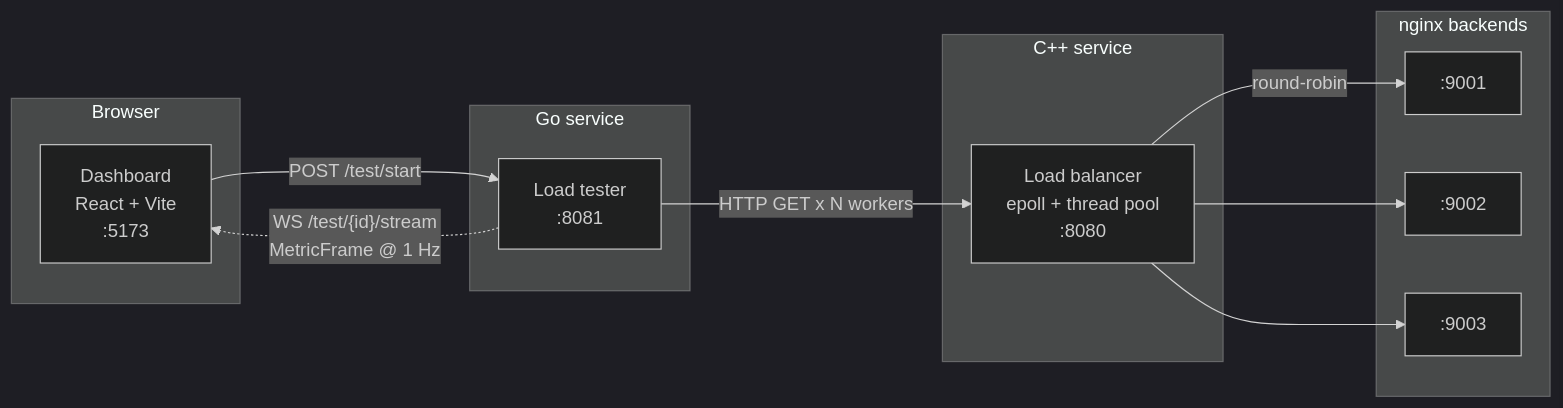
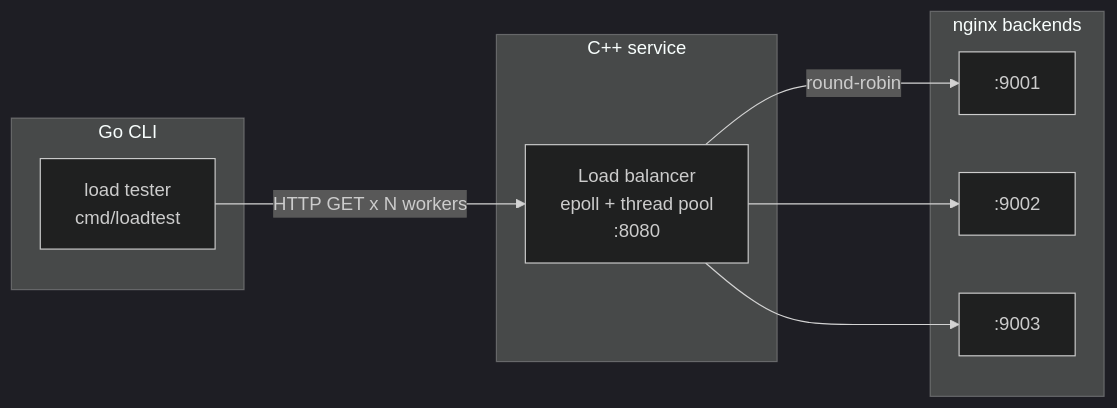
Before and after one commit to Brain256/conduit: the diagram in README.md, drawn with Mermaid (dark theme). The commit also changed other lines of this file and 2 other files, not shown here.

Commit message:
add old load testing agent cli script

````diff
--- a/README.md
+++ b/README.md
@@ -22,27 +28,21 @@
 ```mermaid
 flowchart LR
-    subgraph browser["Browser"]
-        D["Dashboard<br/>React + Vite<br/>:5173"]
-    end
-
-    subgraph go["Go service"]
-        T["Load tester<br/>:8081"]
+    subgraph go["Go CLI"]
+        T["load tester<br/>cmd/loadtest"]
     end
 
     subgraph cpp["C++ service"]
         LB["Load balancer<br/>epoll + thread pool<br/>:8080"]
     end
 
     subgraph backends["nginx backends"]
         B1[":9001"]
         B2[":9002"]
         B3[":9003"]
     end
 
-    D -->|"POST /test/start"| T
-    T -.->|"WS /test/{id}/stream<br/>MetricFrame @ 1 Hz"| D
     T -->|"HTTP GET x N workers"| LB
     LB -->|round-robin| B1
     LB --> B2
     LB --> B3
 ```
````
